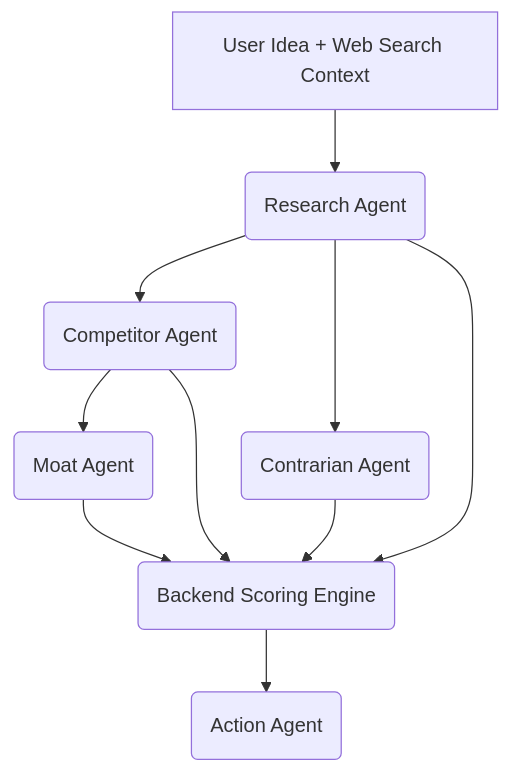
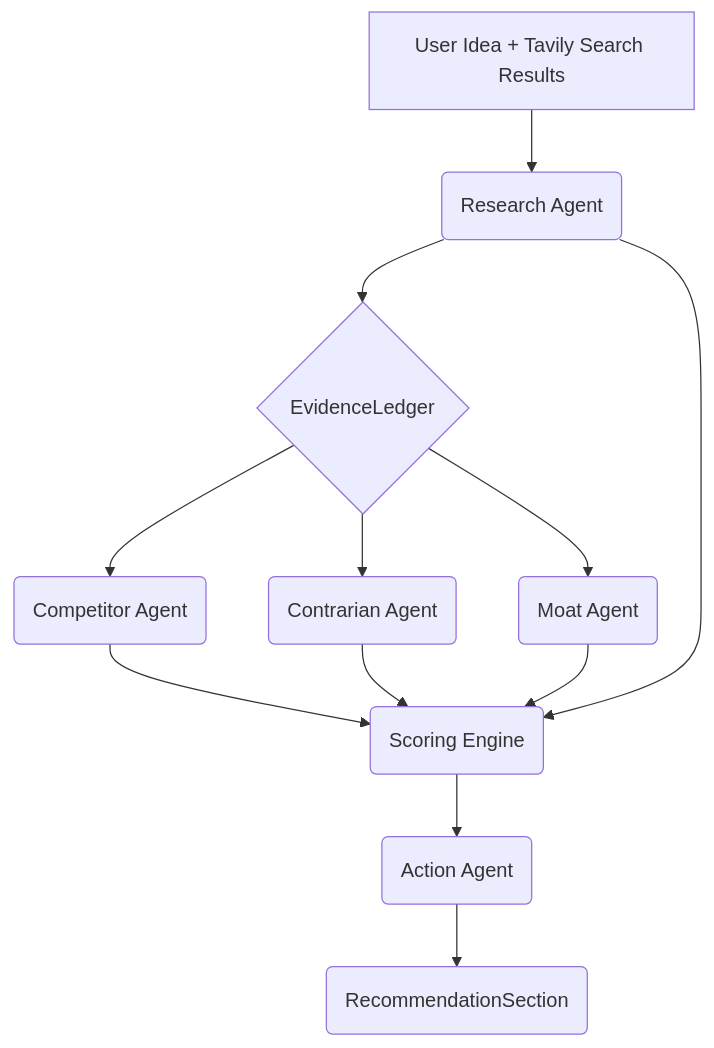
Before and after one commit to rominkevadiya/PIVOTLY: the diagram in docs/AI_PIPELINE.md, drawn with Mermaid. The commit also changed other lines of this file and 11 other files, not shown here.

````diff
--- a/docs/AI_PIPELINE.md
+++ b/docs/AI_PIPELINE.md
@@ -9,16 +9,18 @@
 ```mermaid
 graph TD
-    A[User Idea + Web Search Context] --> B(Research Agent)
+    A[User Idea + Tavily Search Results] --> B(Research Agent)
     
-    B --> C(Competitor Agent)
-    B --> D(Contrarian Agent)
+    B --> L{EvidenceLedger}
     
-    C --> E(Moat Agent)
+    L --> C(Competitor Agent)
+    L --> D(Contrarian Agent)
+    L --> E(Moat Agent)
     
-    C --> G(Backend Scoring Engine)
+    C --> G(Scoring Engine)
     D --> G
     E --> G
     B --> G
     
     G --> H(Action Agent)
+    H --> R(RecommendationSection)
 ```
````
